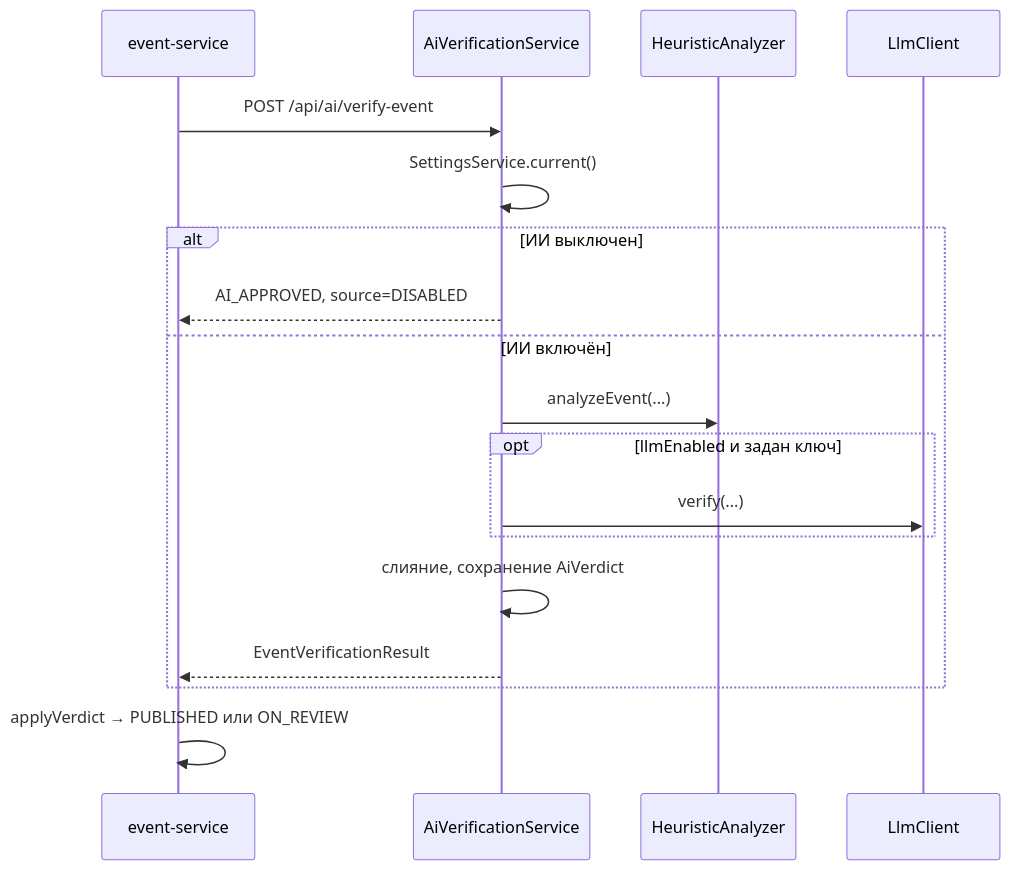
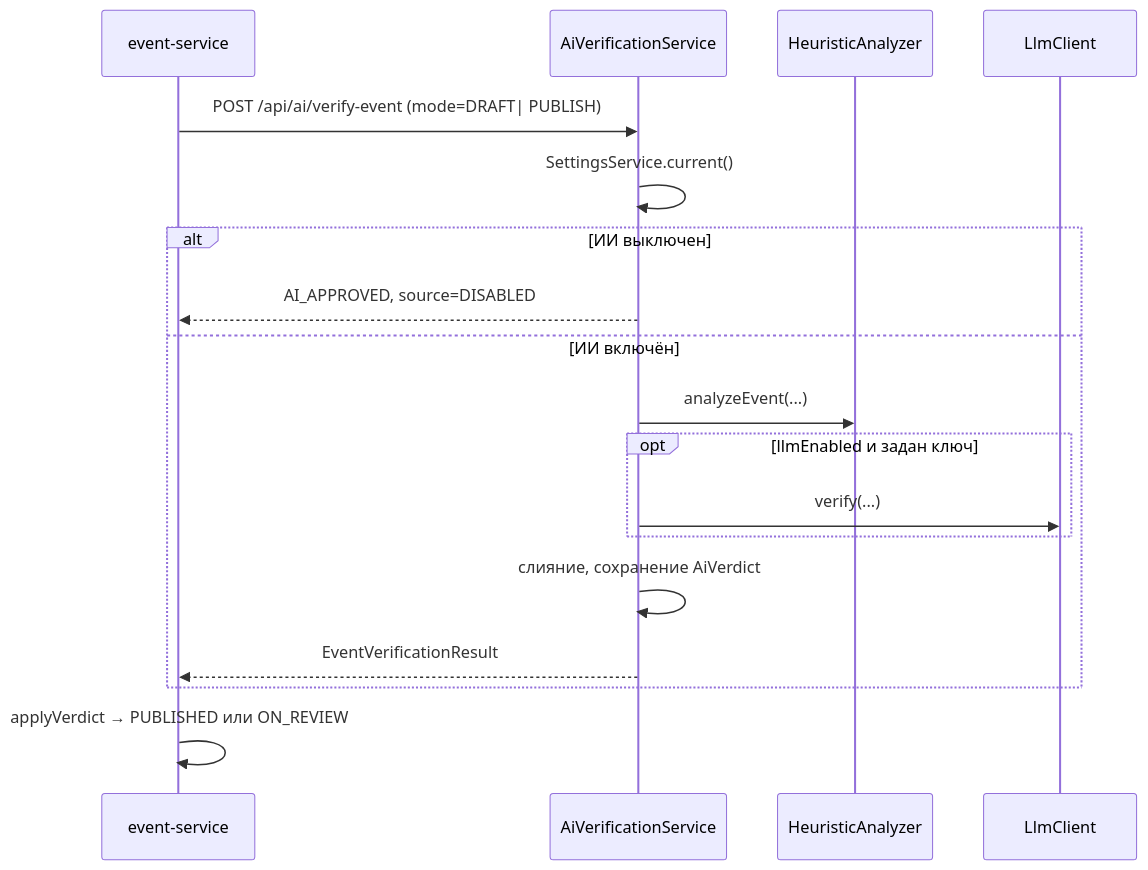
Before and after one commit to MBL15/pisun-2: the diagram in docs/ai-moderation.md, drawn with Mermaid. The commit also changed other lines of this file and 36 other files, not shown here.

````diff
--- a/docs/ai-moderation.md
+++ b/docs/ai-moderation.md
@@ -7,20 +7,20 @@
 ```mermaid
 sequenceDiagram
   participant EV as event-service
   participant AI as AiVerificationService
   participant H as HeuristicAnalyzer
   participant L as LlmClient
-  EV->>AI: POST /api/ai/verify-event
+  EV->>AI: POST /api/ai/verify-event (mode=DRAFT| PUBLISH)
   AI->>AI: SettingsService.current()
   alt ИИ выключен
     AI-->>EV: AI_APPROVED, source=DISABLED
   else ИИ включён
     AI->>H: analyzeEvent(...)
     opt llmEnabled и задан ключ
       AI->>L: verify(...)
     end
     AI->>AI: слияние, сохранение AiVerdict
     AI-->>EV: EventVerificationResult
   end
   EV->>EV: applyVerdict → PUBLISHED или ON_REVIEW
 ```
````
